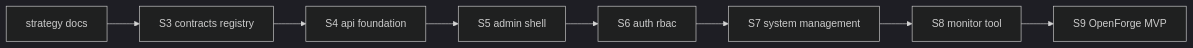
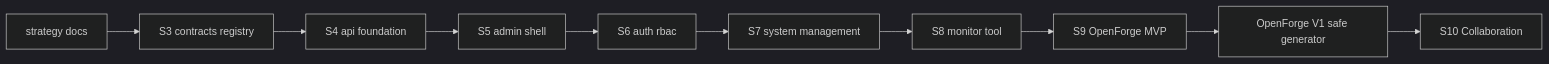
The second of 3 diagrams in docs/strategy/staged-roadmap.md (Gan-Xing/OpenCore), drawn with Mermaid (dark theme) before and after one commit. The commit also changed other lines of this file and 14 other files, not shown here.

````diff
--- a/docs/strategy/staged-roadmap.md
+++ b/docs/strategy/staged-roadmap.md
@@ -45,10 +46,12 @@
 ```mermaid
 flowchart LR
   DOCS[strategy docs] --> S3[S3 contracts registry]
   S3 --> S4[S4 api foundation]
   S4 --> S5[S5 admin shell]
   S5 --> S6[S6 auth rbac]
   S6 --> S7[S7 system management]
   S7 --> S8[S8 monitor tool]
   S8 --> S9[S9 OpenForge MVP]
+  S9 --> V1[OpenForge V1 safe generator]
+  V1 --> S10[S10 Collaboration]
 ```
````
